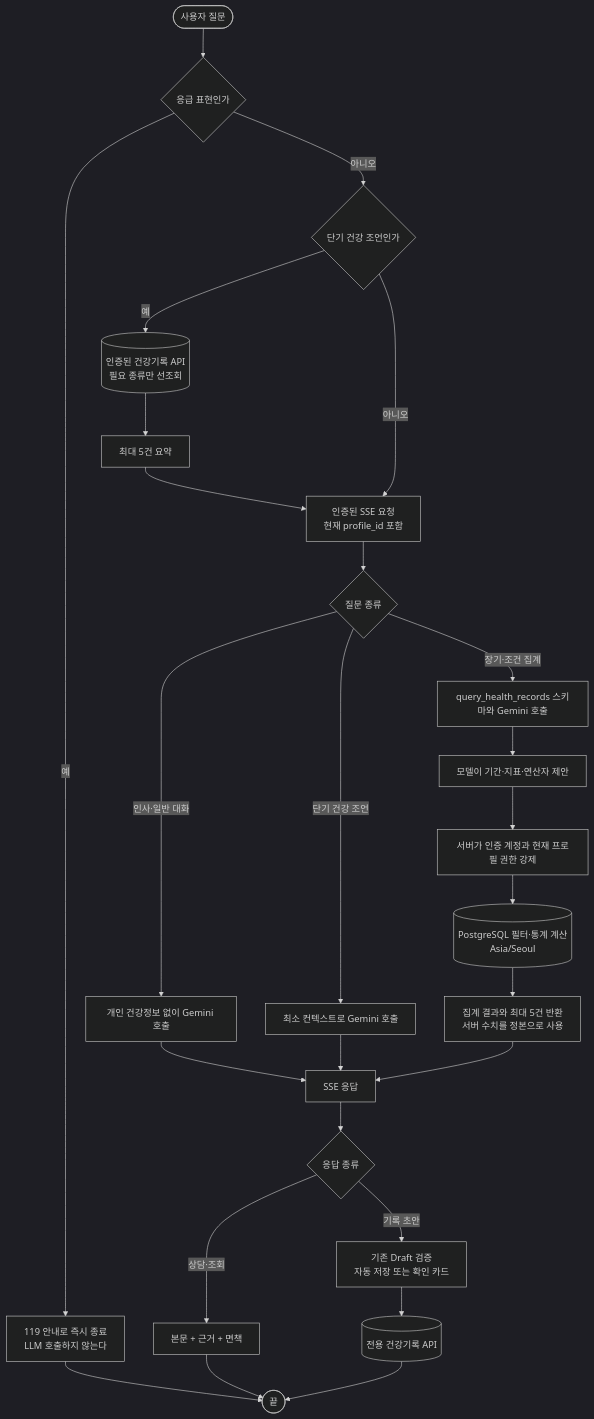
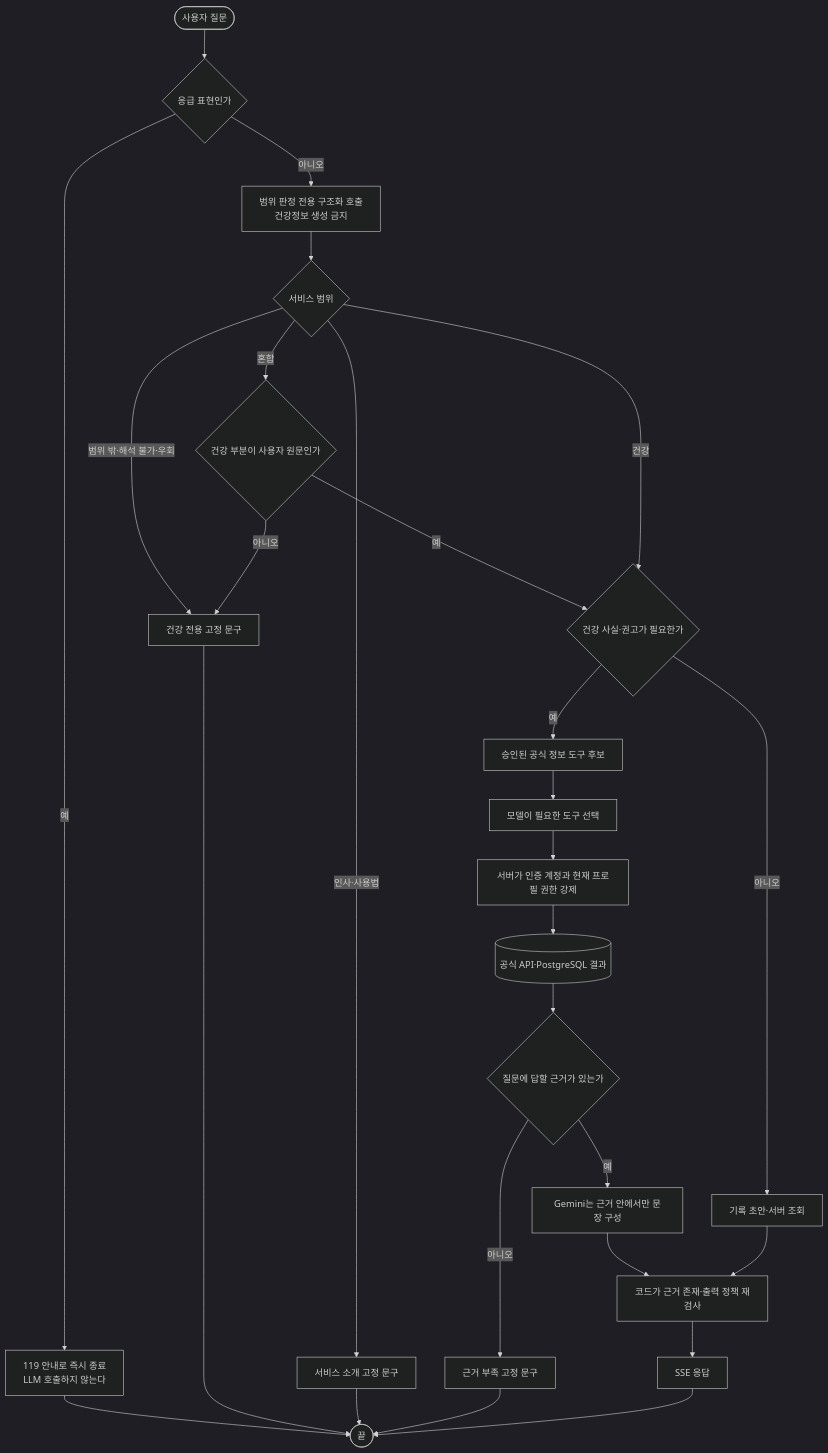
One commit to AI-HealthCare-05/AH_05_03 changed the diagram in docs/43_chatbot_question_design.md. Above: the diagram before and after it, drawn with Mermaid (dark theme). The commit also changed other lines of this file and 12 other files, not shown here.

````diff
--- a/docs/43_chatbot_question_design.md
+++ b/docs/43_chatbot_question_design.md
@@ -128,31 +143,31 @@
 ```mermaid
 flowchart TD
     U([사용자 질문]) --> SAFE{응급 표현인가}
     SAFE -- 예 --> ER[119 안내로 즉시 종료<br/>LLM 호출하지 않는다]
-    SAFE -- 아니오 --> PRE{단기 건강 조언인가}
-    PRE -- 예 --> SHORT[(인증된 건강기록 API<br/>필요 종류만 선조회)]
-    SHORT --> MIN[최대 5건 요약]
-    MIN --> API[인증된 SSE 요청<br/>현재 profile_id 포함]
-    PRE -- 아니오 --> API
+    SAFE -- 아니오 --> SCOPE[범위 판정 전용 구조화 호출<br/>건강정보 생성 금지]
+    SCOPE --> ROUTE{서비스 범위}
+    ROUTE -- 범위 밖·해석 불가·우회 --> LIMIT[건강 전용 고정 문구]
+    ROUTE -- 인사·사용법 --> HELP[서비스 소개 고정 문구]
+    ROUTE -- 혼합 --> CUT{건강 부분이 사용자 원문인가}
+    CUT -- 아니오 --> LIMIT
+    CUT -- 예 --> NEED{건강 사실·권고가 필요한가}
+    ROUTE -- 건강 --> NEED
 
-    API --> ROUTE{질문 종류}
-    ROUTE -- 인사·일반 대화 --> LLM0[개인 건강정보 없이 Gemini 호출]
-    ROUTE -- 단기 건강 조언 --> LLM1[최소 컨텍스트로 Gemini 호출]
-    ROUTE -- 장기·조건 집계 --> TOOL[query_health_records 스키마와 Gemini 호출]
-    TOOL --> CALL[모델이 기간·지표·연산자 제안]
+    NEED -- 아니오 --> OP[기록 초안·서버 조회]
+    NEED -- 예 --> TOOL[승인된 공식 정보 도구 후보]
+    TOOL --> CALL[모델이 필요한 도구 선택]
     CALL --> AUTH[서버가 인증 계정과 현재 프로필 권한 강제]
-    AUTH --> DB[(PostgreSQL 필터·통계 계산<br/>Asia/Seoul)]
-    DB --> FACT[집계 결과와 최대 5건 반환<br/>서버 수치를 정본으로 사용]
-
-    LLM0 --> STREAM[SSE 응답]
-    LLM1 --> STREAM
-    FACT --> STREAM
-    STREAM --> OUT{응답 종류}
-    OUT -- 기록 초안 --> DRAFT[기존 Draft 검증<br/>자동 저장 또는 확인 카드]
-    OUT -- 상담·조회 --> TEXT[본문 + 근거 + 면책]
-    DRAFT --> SAVE[(전용 건강기록 API)]
+    AUTH --> FACT[(공식 API·PostgreSQL 결과)]
+    FACT --> FOUND{질문에 답할 근거가 있는가}
+    FOUND -- 아니오 --> NOE[근거 부족 고정 문구]
+    FOUND -- 예 --> WRITE[Gemini는 근거 안에서만 문장 구성]
+    WRITE --> CHECK[코드가 근거 존재·출력 정책 재검사]
+    OP --> CHECK
+    CHECK --> STREAM[SSE 응답]
 
     ER --> END([끝])
-    TEXT --> END
-    SAVE --> END
+    LIMIT --> END
+    HELP --> END
+    NOE --> END
+    STREAM --> END
 ```
````
